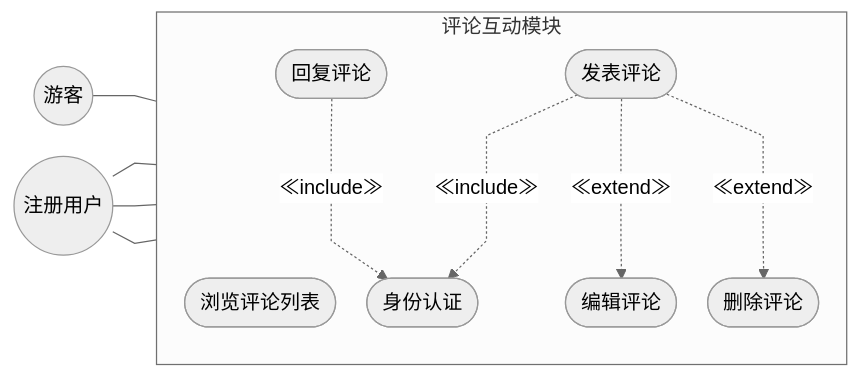
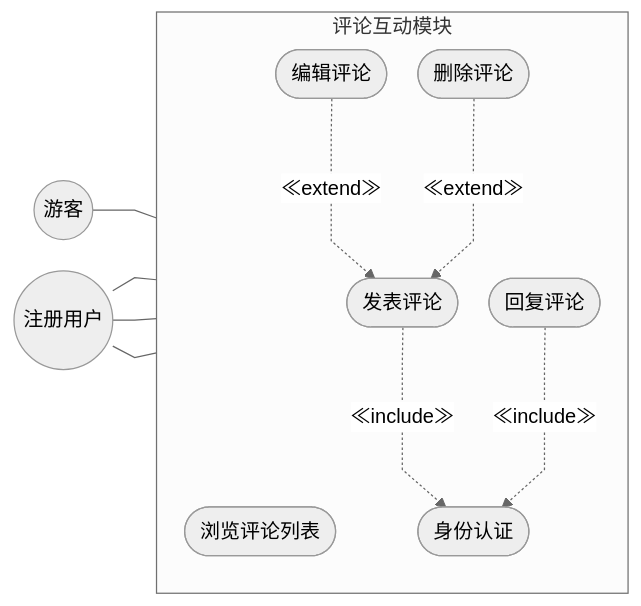
Before and after one commit to Wkjlovec/graduation_project_zhuang: the diagram in docs/diagrams/fig3-4-comment-usecase.mmd, drawn with Mermaid. The commit also changed 11 other files, not shown here.

Commit message:
docs: 修正全部用例图extend箭头方向(从扩展用例指向基用例)

```diff
--- a/docs/diagrams/fig3-4-comment-usecase.mmd
+++ b/docs/diagrams/fig3-4-comment-usecase.mmd
@@ -1,23 +1,23 @@
 %%{init: {'theme': 'neutral', 'flowchart': {'curve': 'linear', 'rankSpacing': 35, 'nodeSpacing': 25}}}%%
 graph LR
     Guest((游客))
     User((注册用户))
 
     subgraph 评论互动模块
         direction TB
         UC1([浏览评论列表])
         UC2([发表评论])
         UC3([回复评论])
         UC4([身份认证])
         UC5([编辑评论])
         UC6([删除评论])
     end
 
     Guest --- UC1
     User --- UC1
     User --- UC2
     User --- UC3
     UC2 -..->|"≪include≫"| UC4
     UC3 -..->|"≪include≫"| UC4
-    UC2 -..->|"≪extend≫"| UC5
-    UC2 -..->|"≪extend≫"| UC6
+    UC5 -..->|"≪extend≫"| UC2
+    UC6 -..->|"≪extend≫"| UC2
```
